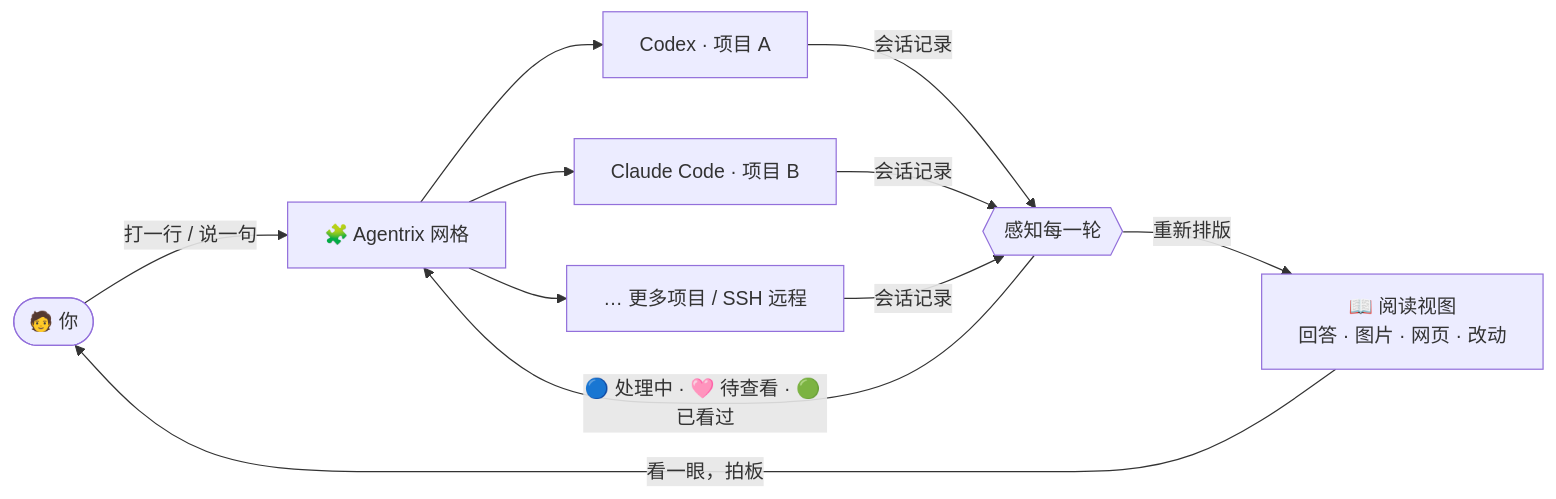
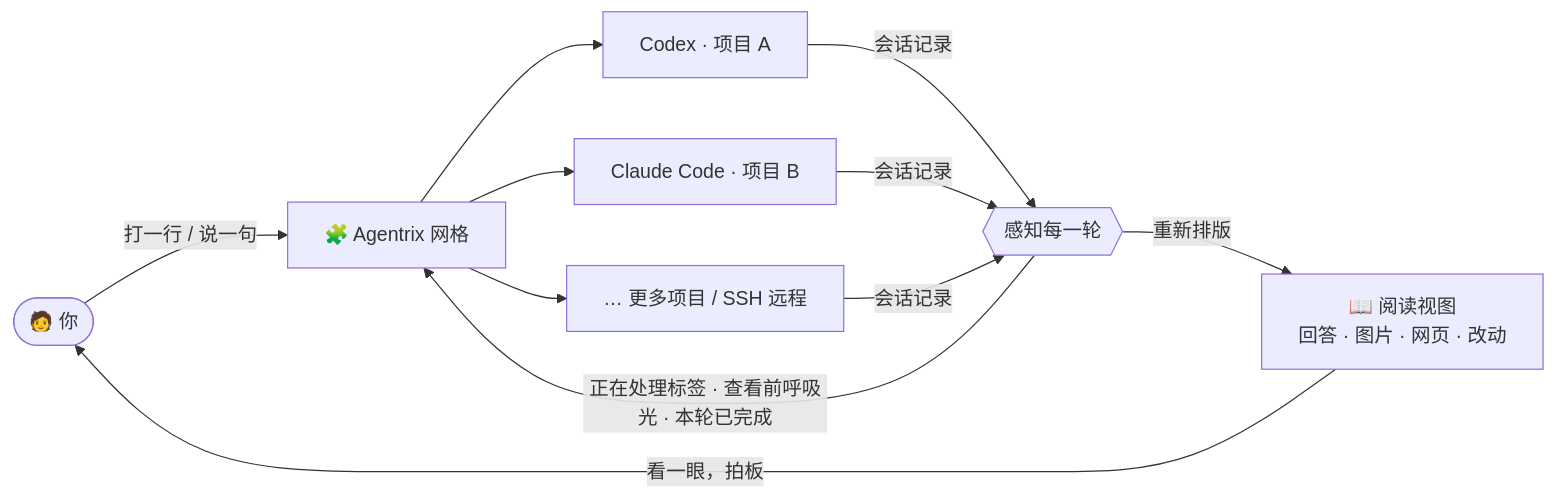
Before and after one commit to noeigenstate/Agentrix: the diagram in README.zh-CN.md, drawn with Mermaid. The commit also changed other lines of this file and 7 other files, not shown here.

````diff
--- a/README.zh-CN.md
+++ b/README.zh-CN.md
@@ -62,11 +62,11 @@
 ```mermaid
 flowchart LR
   you(["🧑 你"]) -->|"打一行 / 说一句"| grid["🧩 Agentrix 网格"]
   grid --> a1["Codex · 项目 A"]
   grid --> a2["Claude Code · 项目 B"]
   grid --> a3["… 更多项目 / SSH 远程"]
   a1 & a2 & a3 -->|"会话记录"| sense{{"感知每一轮"}}
-  sense -->|"🔵 处理中 · 🩷 待查看 · 🟢 已看过"| grid
+  sense -->|"正在处理标签 · 查看前呼吸光 · 本轮已完成"| grid
   sense -->|"重新排版"| read["📖 阅读视图<br/>回答 · 图片 · 网页 · 改动"]
   read -->|"看一眼，拍板"| you
 ```
````
